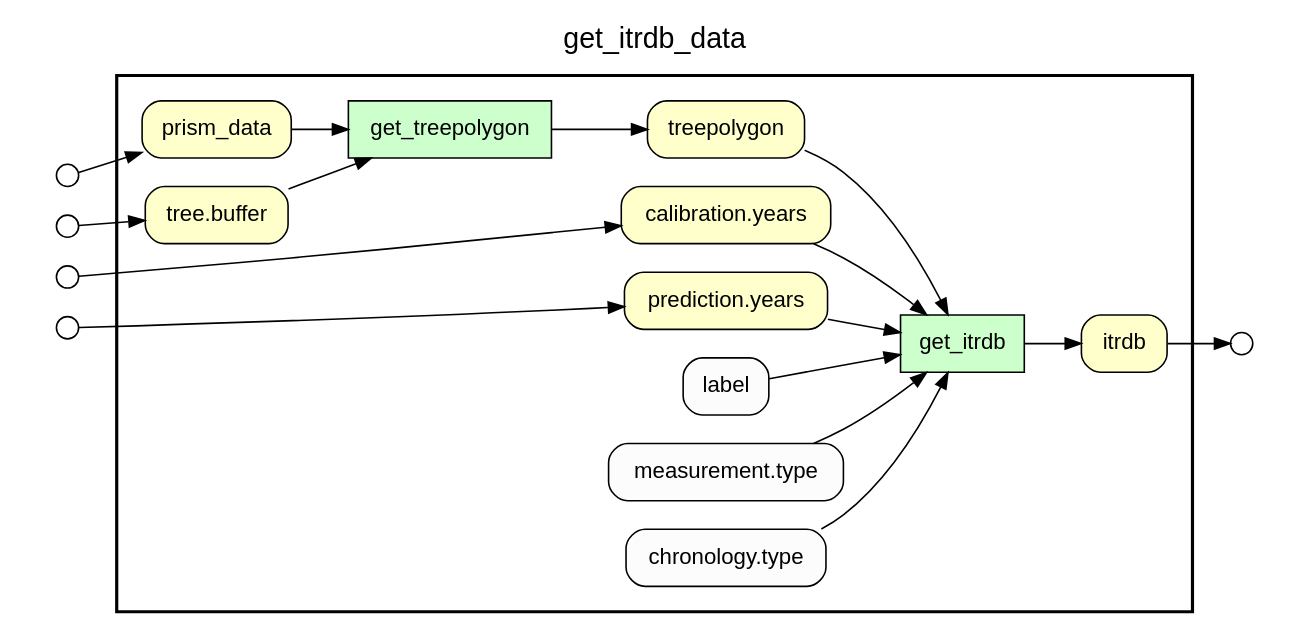
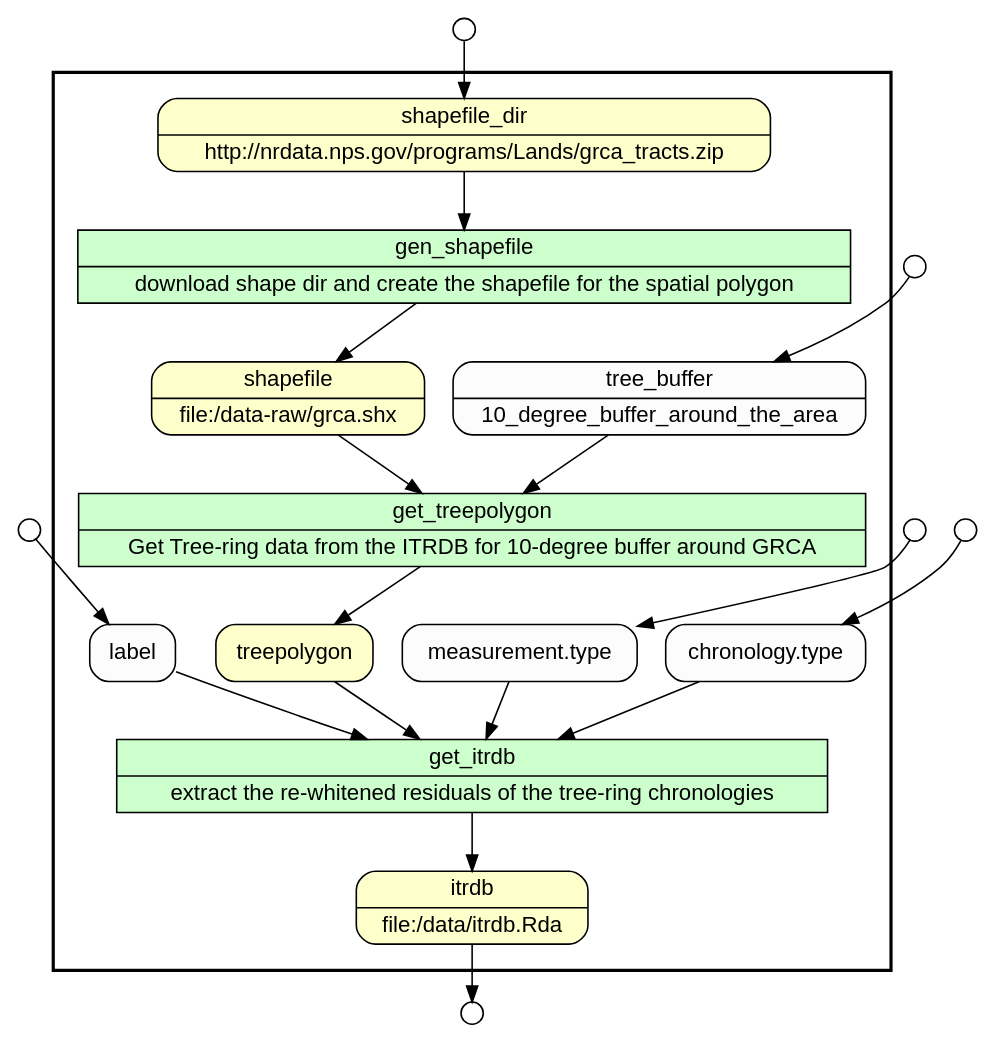
The diagram in .prov_scripts/gv_files/get_itrdb_data.gv (idaks/wt-prov-Summer-2017), drawn with Graphviz before and after one commit. The commit also changed 249 other files, not shown here.

Commit message:
Updated Provenance Graphs

```diff
--- a/.prov_scripts/gv_files/get_itrdb_data.gv
+++ b/.prov_scripts/gv_files/get_itrdb_data.gv
@@ -1,47 +1,46 @@
 digraph Workflow {
-rankdir=LR
+rankdir=TB
 fontname=Helvetica; fontsize=18; labelloc=t
-label=get_itrdb_data
+label=""
 subgraph cluster_workflow_box_outer { label=""; color=black; penwidth=2
 subgraph cluster_workflow_box_inner { label=""; penwidth=0
 node[shape=box style=filled fillcolor="#CCFFCC" peripheries=1 fontname=Helvetica]
-get_treepolygon
-get_itrdb
+gen_shapefile [shape=record rankdir=LR label="{<f0> gen_shapefile |<f1> download shape dir and create the shapefile for the spatial polygon}"];
+get_treepolygon [shape=record rankdir=LR label="{<f0> get_treepolygon |<f1> Get Tree-ring data from the ITRDB for 10-degree buffer around GRCA}"];
+get_itrdb [shape=record rankdir=LR label="{<f0> get_itrdb |<f1> extract the re-whitened residuals of the tree-ring chronologies}"];
 node[shape=box style="rounded,filled" fillcolor="#FFFFCC" peripheries=1 fontname=Helvetica]
-prism_data
-"tree.buffer"
-"prediction.years"
-"calibration.years"
+itrdb [shape=record rankdir=LR label="{<f0> itrdb |<f1> file\:/data/itrdb.Rda}"];
+shapefile_dir [shape=record rankdir=LR label="{<f0> shapefile_dir |<f1> http\://nrdata.nps.gov/programs/Lands/grca_tracts.zip}"];
+shapefile [shape=record rankdir=LR label="{<f0> shapefile |<f1> file\:/data-raw/grca.shx}"];
 treepolygon
-itrdb
 node[shape=box style="rounded,filled" fillcolor="#FCFCFC" peripheries=1 fontname=Helvetica]
+tree_buffer [shape=record rankdir=LR label="{<f0> tree_buffer |<f1> 10_degree_buffer_around_the_area}"];
+label
+"measurement.type"
+"chronology.type"
+gen_shapefile -> shapefile
+shapefile_dir -> gen_shapefile
 get_treepolygon -> treepolygon
-prism_data -> get_treepolygon
-"tree.buffer" -> get_treepolygon
+tree_buffer -> get_treepolygon
+shapefile -> get_treepolygon
 get_itrdb -> itrdb
-"prediction.years" -> get_itrdb
-"calibration.years" -> get_itrdb
 treepolygon -> get_itrdb
 label -> get_itrdb
 "measurement.type" -> get_itrdb
 "chronology.type" -> get_itrdb
 }}
-subgraph cluster_input_ports_group_outer { label=""; penwidth=0
-subgraph cluster_input_ports_group_inner { label=""; penwidth=0
 node[shape=circle style="rounded,filled" fillcolor="#FFFFFF" peripheries=1 fontname=Helvetica width=0.2]
-"calibration.years_input_port" [label=""]
-"prediction.years_input_port" [label=""]
-"tree.buffer_input_port" [label=""]
-prism_data_input_port [label=""]
-}}
-subgraph cluster_output_ports_group_outer { label=""; penwidth=0
-subgraph cluster_output_ports_group_inner { label=""; penwidth=0
+shapefile_dir_input_port [label=""]
+tree_buffer_input_port [label=""]
+label_input_port [label=""]
+"measurement.type_input_port" [label=""]
+"chronology.type_input_port" [label=""]
 node[shape=circle style="rounded,filled" fillcolor="#FFFFFF" peripheries=1 fontname=Helvetica width=0.2]
 itrdb_output_port [label=""]
-}}
-"calibration.years_input_port" -> "calibration.years"
-"prediction.years_input_port" -> "prediction.years"
-"tree.buffer_input_port" -> "tree.buffer"
-prism_data_input_port -> prism_data
+shapefile_dir_input_port -> shapefile_dir
+tree_buffer_input_port -> tree_buffer
+label_input_port -> label
+"measurement.type_input_port" -> "measurement.type"
+"chronology.type_input_port" -> "chronology.type"
 itrdb -> itrdb_output_port
 }
```
